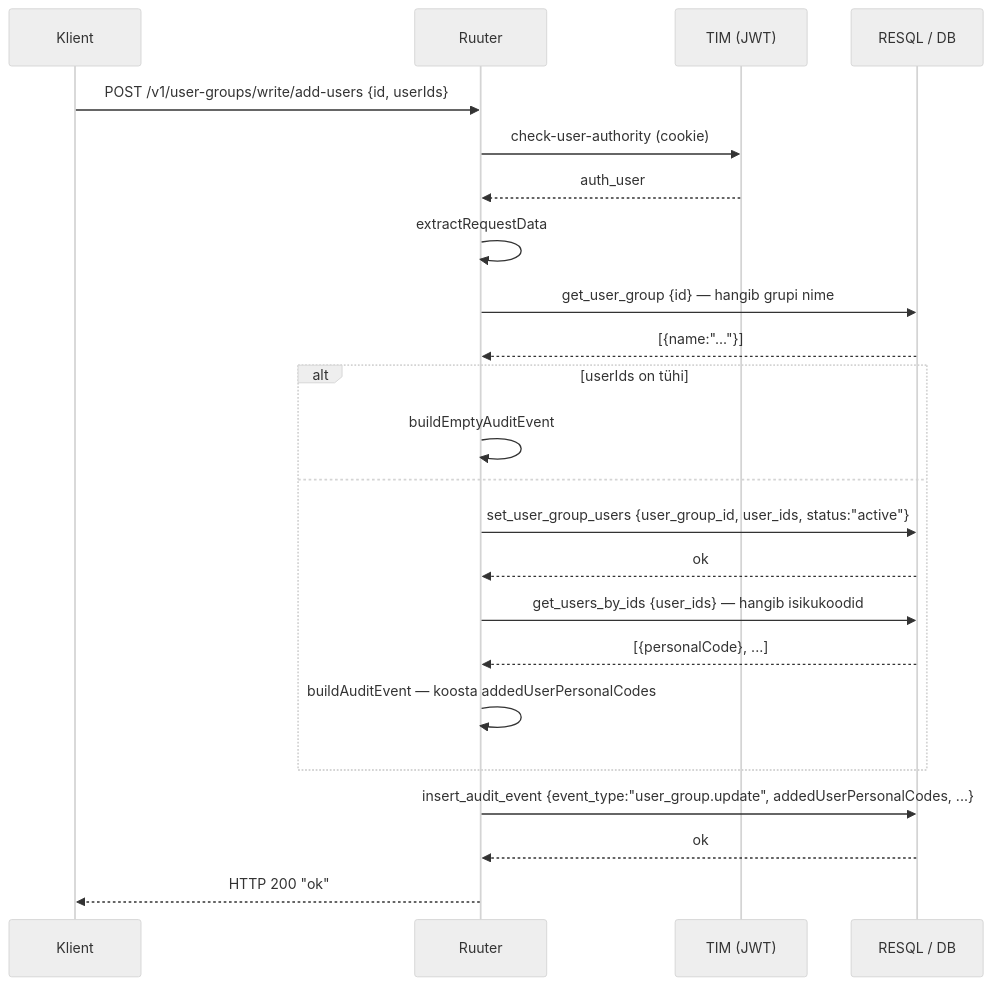
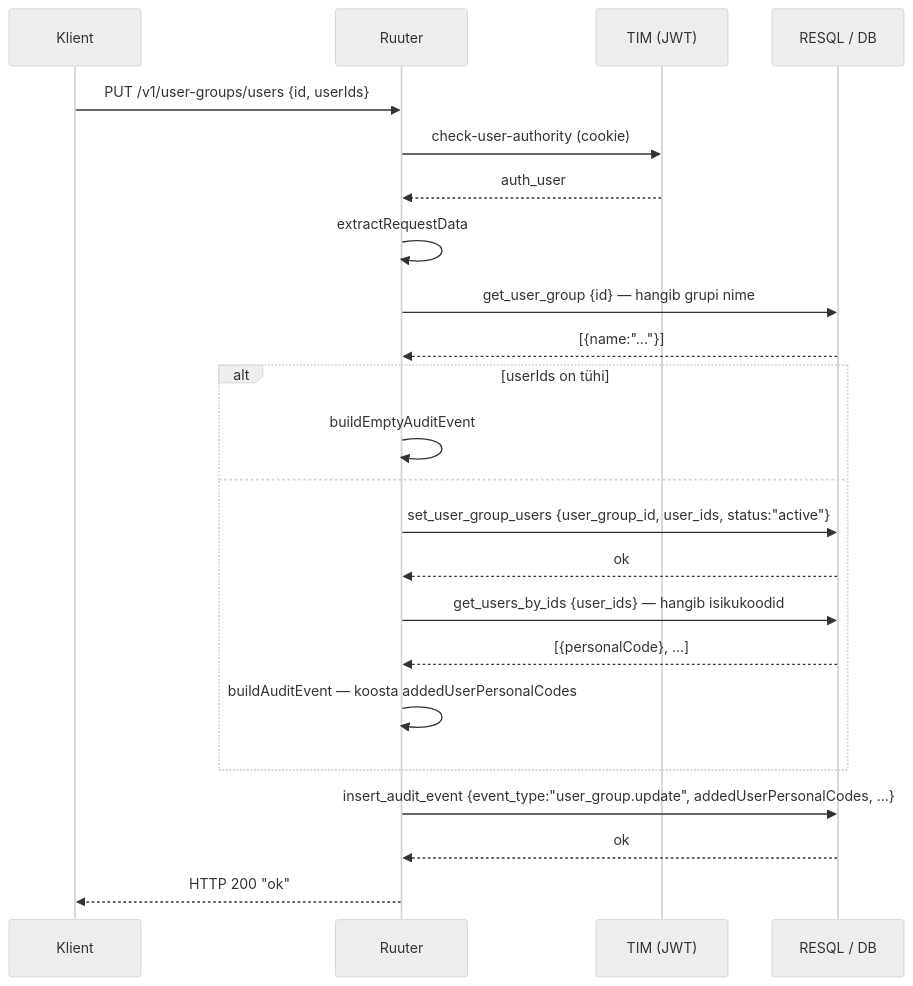
One commit to kemit-ee/ljvis-2 changed the fourth of 4 diagrams in docs/audit-logging.md. Above: the diagram before and after it, drawn with Mermaid (neutral theme). The commit also changed other lines of this file and 3 other files, not shown here.

````diff
--- a/docs/audit-logging.md
+++ b/docs/audit-logging.md
@@ -247,26 +247,26 @@
 ```mermaid
 sequenceDiagram
     participant K as Klient
     participant R as Ruuter
     participant T as TIM (JWT)
     participant DB as RESQL / DB
 
-    K->>R: POST /v1/user-groups/write/add-users {id, userIds}
+    K->>R: PUT /v1/user-groups/users {id, userIds}
     R->>T: check-user-authority (cookie)
     T-->>R: auth_user
     R->>R: extractRequestData
     R->>DB: get_user_group {id} — hangib grupi nime
     DB-->>R: [{name:"..."}]
     alt userIds on tühi
         R->>R: buildEmptyAuditEvent
     else
         R->>DB: set_user_group_users {user_group_id, user_ids, status:"active"}
         DB-->>R: ok
         R->>DB: get_users_by_ids {user_ids} — hangib isikukoodid
         DB-->>R: [{personalCode}, ...]
         R->>R: buildAuditEvent — koosta addedUserPersonalCodes
     end
     R->>DB: insert_audit_event {event_type:"user_group.update", addedUserPersonalCodes, ...}
     DB-->>R: ok
     R-->>K: HTTP 200 "ok"
 ```
````
